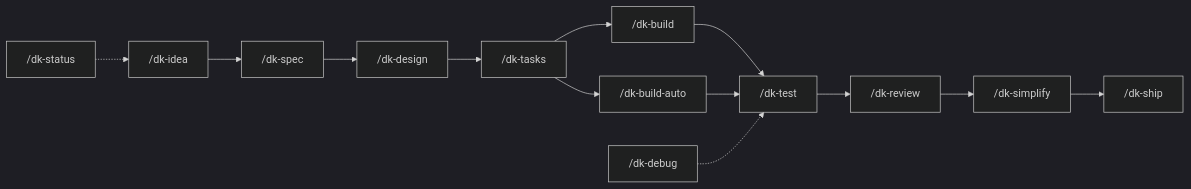
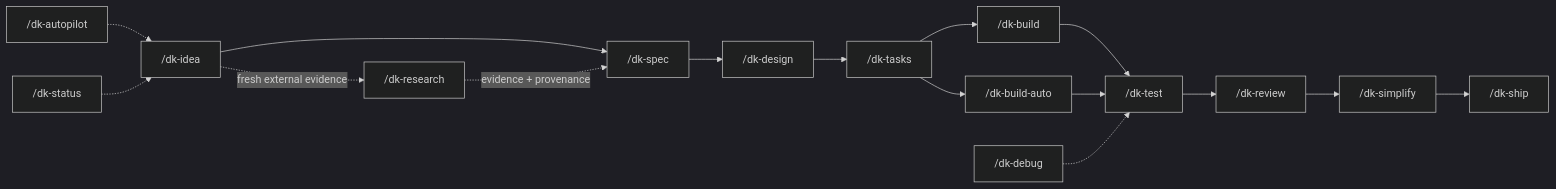
The diagram in docs/03-reference/commands/README.md (eybersjp/development-kit), drawn with Mermaid (dark theme) before and after one commit. The commit also changed other lines of this file, not shown here.

Commit message:
docs: add research to command index

````diff
--- a/docs/03-reference/commands/README.md
+++ b/docs/03-reference/commands/README.md
@@ -5,15 +5,18 @@
 ```mermaid
 graph LR
-    A["/dk-idea"] --> B["/dk-spec"]
+    Z["/dk-autopilot"] -.-> A["/dk-idea"]
+    A --> B["/dk-spec"]
+    A -. "fresh external evidence" .-> R["/dk-research"]
+    R -. "evidence + provenance" .-> B
     B --> C["/dk-design"]
     C --> D["/dk-tasks"]
     D --> E["/dk-build"]
     D --> F["/dk-build-auto"]
     E --> G["/dk-test"]
     F --> G
     G --> H["/dk-review"]
     H --> I["/dk-simplify"]
     I --> J["/dk-ship"]
     K["/dk-status"] -.-> A
     L["/dk-debug"] -.-> G
 ```
````
